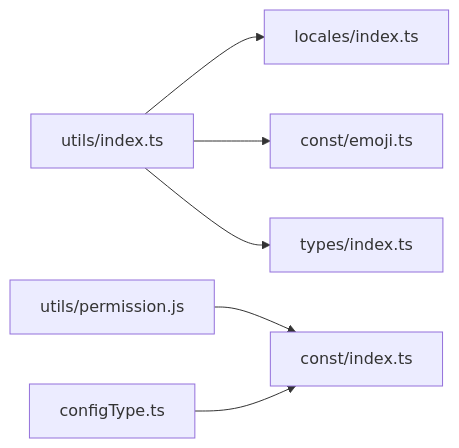
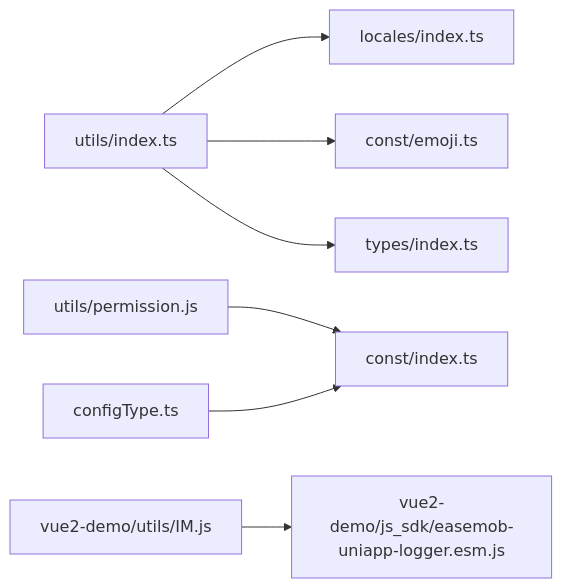
One commit to Easemob-Community/easemob-uikit-uniapp-community changed the ninth of 9 diagrams in .qoder/repowiki/zh/content/工具函数和常量/工具函数和常量.md. Above: the diagram before and after it, drawn with Mermaid. The commit also changed other lines of this file and 5 other files, not shown here.

````diff
--- a/.qoder/repowiki/zh/content/工具函数和常量/工具函数和常量.md
+++ b/.qoder/repowiki/zh/content/工具函数和常量/工具函数和常量.md
@@ -368,8 +473,9 @@
 ```mermaid
 graph LR
 Utils["utils/index.ts"] --> I18n["locales/index.ts"]
 Utils --> Emoji["const/emoji.ts"]
 Utils --> Types["types/index.ts"]
 Perm["utils/permission.js"] --> Const["const/index.ts"]
 Config["configType.ts"] --> Const
+IM["vue2-demo/utils/IM.js"] --> Logger["vue2-demo/js_sdk/easemob-uniapp-logger.esm.js"]
 ```
````
